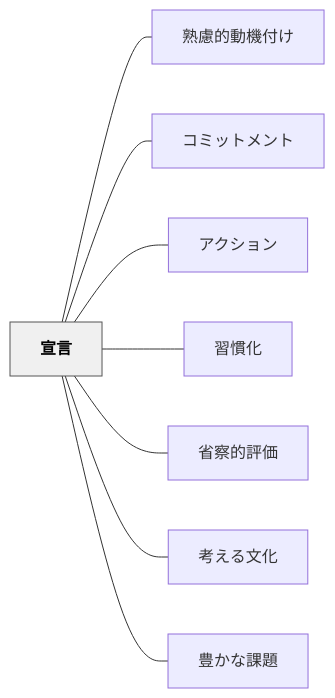
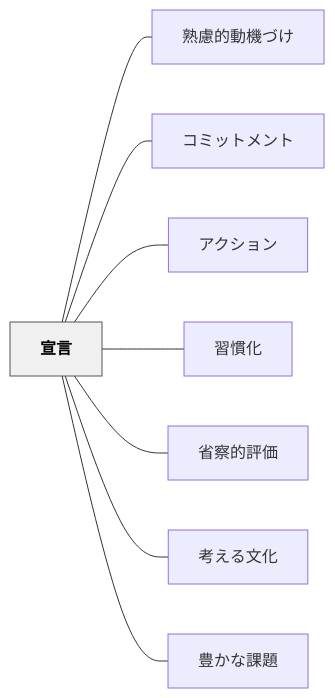
Before and after one commit to unknownthings-ed-patterns/unknownthings-ed-patterns: the diagram in content/パタン/宣言.md, drawn with Mermaid. The commit also changed other lines of this file and 234 other files, not shown here.

````diff
--- a/content/パタン/宣言.md
+++ b/content/パタン/宣言.md
@@ -38,22 +38,22 @@
 ```mermaid
 flowchart LR
     ne5aea3e8a880["宣言"]
-    ne7869fe685aee79a84e58b95e6a99fe4bb98e38191["熟慮的動機付け"]
+    ne7869fe685aee79a84e58b95e6a99fe381a5e38191["熟慮的動機づけ"]
     ne382b3e3839fe38383e38388e383a1e383b3e38388["コミットメント"]
     ne382a2e382afe382b7e383a7e383b3["アクション"]
     ne7bf92e685a3e58c96["習慣化"]
     ne79c81e5af9fe79a84e8a995e4bea1["省察的評価"]
     ne88083e38188e3828be69687e58c96["考える文化"]
     ne8b18ae3818be381aae8aab2e9a18c["豊かな課題"]
 
-    ne5aea3e8a880 --- ne7869fe685aee79a84e58b95e6a99fe4bb98e38191
+    ne5aea3e8a880 --- ne7869fe685aee79a84e58b95e6a99fe381a5e38191
     ne5aea3e8a880 --- ne382b3e3839fe38383e38388e383a1e383b3e38388
     ne5aea3e8a880 --- ne382a2e382afe382b7e383a7e383b3
     ne5aea3e8a880 --- ne7bf92e685a3e58c96
     ne5aea3e8a880 --- ne79c81e5af9fe79a84e8a995e4bea1
     ne5aea3e8a880 --- ne88083e38188e3828be69687e58c96
     ne5aea3e8a880 --- ne8b18ae3818be381aae8aab2e9a18c
 
     classDef hub fill:#f0f0f0,stroke:#555,color:#000,font-weight:bold
     class ne5aea3e8a880 hub
 ```
````
